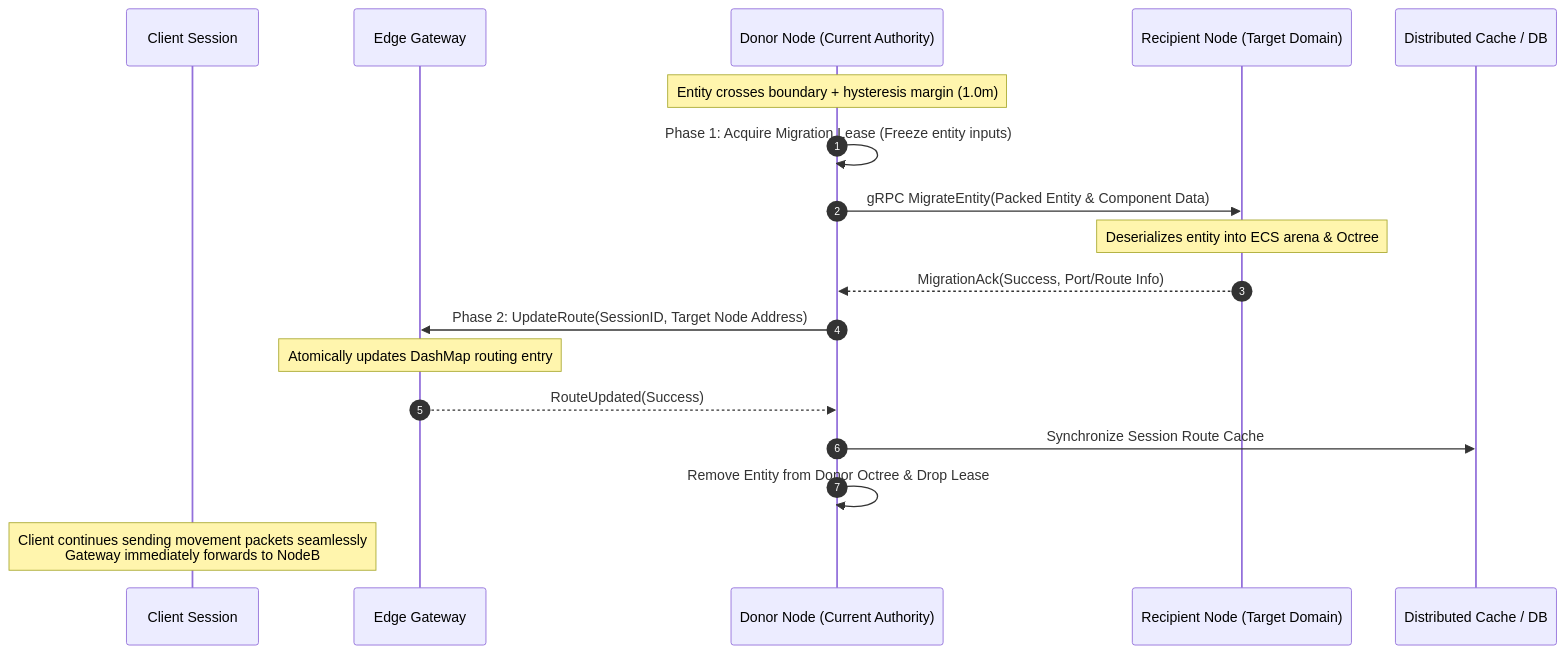
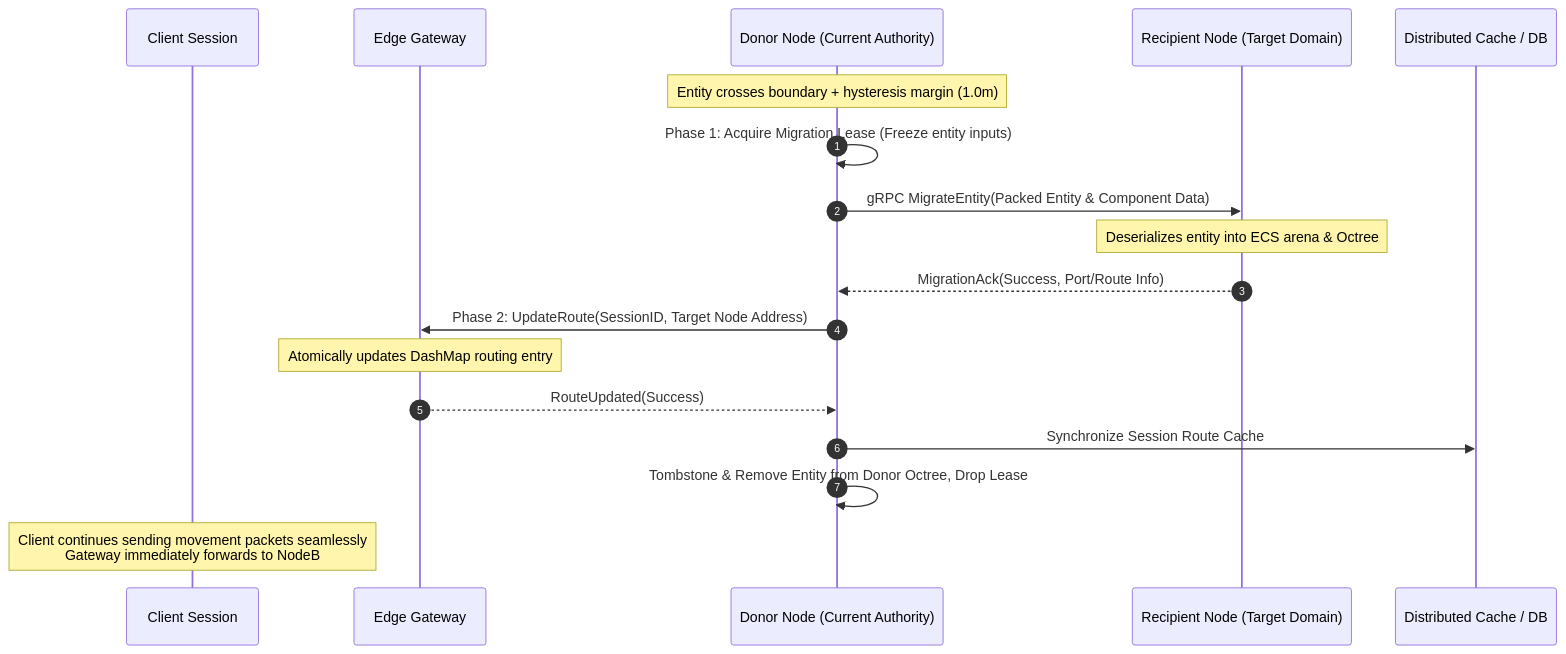
Before and after one commit to Jakousa/rust-server: the third of 3 diagrams in ARCHITECTURE.md, drawn with Mermaid. The commit also changed other lines of this file and 44 other files, not shown here.

````diff
--- a/ARCHITECTURE.md
+++ b/ARCHITECTURE.md
@@ -87,21 +88,21 @@
 ```mermaid
 sequenceDiagram
     autonumber
     participant Client as Client Session
     participant GW as Edge Gateway
     participant NodeA as Donor Node (Current Authority)
     participant NodeB as Recipient Node (Target Domain)
     participant DB as Distributed Cache / DB
 
     Note over NodeA: Entity crosses boundary + hysteresis margin (1.0m)
     NodeA->>NodeA: Phase 1: Acquire Migration Lease (Freeze entity inputs)
     NodeA->>NodeB: gRPC MigrateEntity(Packed Entity & Component Data)
     Note over NodeB: Deserializes entity into ECS arena & Octree
     NodeB-->>NodeA: MigrationAck(Success, Port/Route Info)
     NodeA->>GW: Phase 2: UpdateRoute(SessionID, Target Node Address)
     Note over GW: Atomically updates DashMap routing entry
     GW-->>NodeA: RouteUpdated(Success)
     NodeA->>DB: Synchronize Session Route Cache
-    NodeA->>NodeA: Remove Entity from Donor Octree & Drop Lease
+    NodeA->>NodeA: Tombstone & Remove Entity from Donor Octree, Drop Lease
     Note over Client: Client continues sending movement packets seamlessly<br/>Gateway immediately forwards to NodeB
 ```
````
